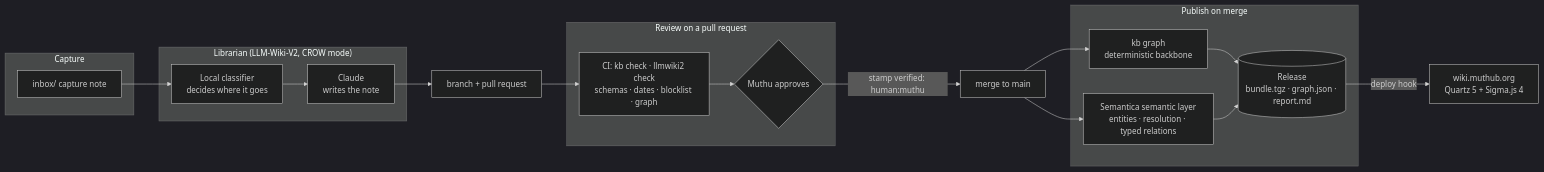
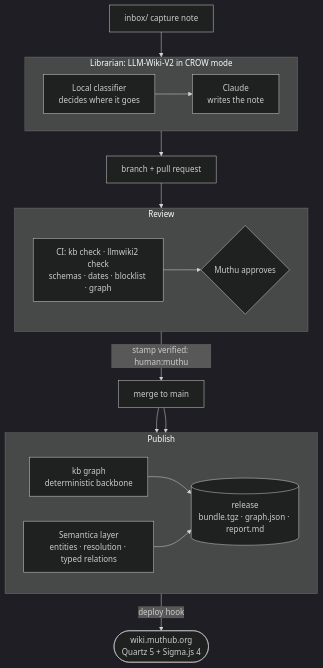
The first of 2 diagrams in README.md (muthub-ai/knowledge-foundation), drawn with Mermaid (dark theme) before and after one commit.

Commit message:
README: architecture diagram top to bottom, readable at page width
Claude-Session: https://claude.ai/code/session_01QESWUnRLmE8zeAsG1KRsaA

````diff
--- a/README.md
+++ b/README.md
@@ -29,24 +29,23 @@
 ```mermaid
-flowchart LR
-  subgraph capture["Capture"]
-    I[inbox/ capture note]
+flowchart TB
+  I["inbox/ capture note"] --> C
+  subgraph librarian["Librarian: LLM-Wiki-V2 in CROW mode"]
+    direction LR
+    C["Local classifier<br/>decides where it goes"] --> W["Claude<br/>writes the note"]
   end
-  subgraph librarian["Librarian (LLM-Wiki-V2, CROW mode)"]
-    C[Local classifier<br/>decides where it goes] --> W[Claude<br/>writes the note]
+  W --> PR["branch + pull request"]
+  subgraph review["Review"]
+    direction LR
+    CI["CI: kb check · llmwiki2 check<br/>schemas · dates · blocklist · graph"] --> H{"Muthu approves"}
   end
-  subgraph review["Review on a pull request"]
-    CI[CI: kb check · llmwiki2 check<br/>schemas · dates · blocklist · graph]
-    H{Muthu approves}
+  PR --> CI
+  H -- "stamp verified: human:muthu" --> M["merge to main"]
+  subgraph publish["Publish"]
+    direction LR
+    G["kb graph<br/>deterministic backbone"] --> R[("release<br/>bundle.tgz · graph.json · report.md")]
+    S["Semantica layer<br/>entities · resolution · typed relations"] --> R
   end
-  subgraph publish["Publish on merge"]
-    G[kb graph<br/>deterministic backbone]
-    S[Semantica semantic layer<br/>entities · resolution · typed relations]
-    R[(Release<br/>bundle.tgz · graph.json · report.md)]
-  end
-  I --> C
-  W --> PR[branch + pull request] --> CI --> H
-  H -- "stamp verified: human:muthu" --> M[merge to main]
-  M --> G --> R
-  M --> S --> R
-  R -- deploy hook --> SITE[wiki.muthub.org<br/>Quartz 5 + Sigma.js 4]
+  M --> G
+  M --> S
+  R -- "deploy hook" --> SITE(["wiki.muthub.org<br/>Quartz 5 + Sigma.js 4"])
 ```
````
